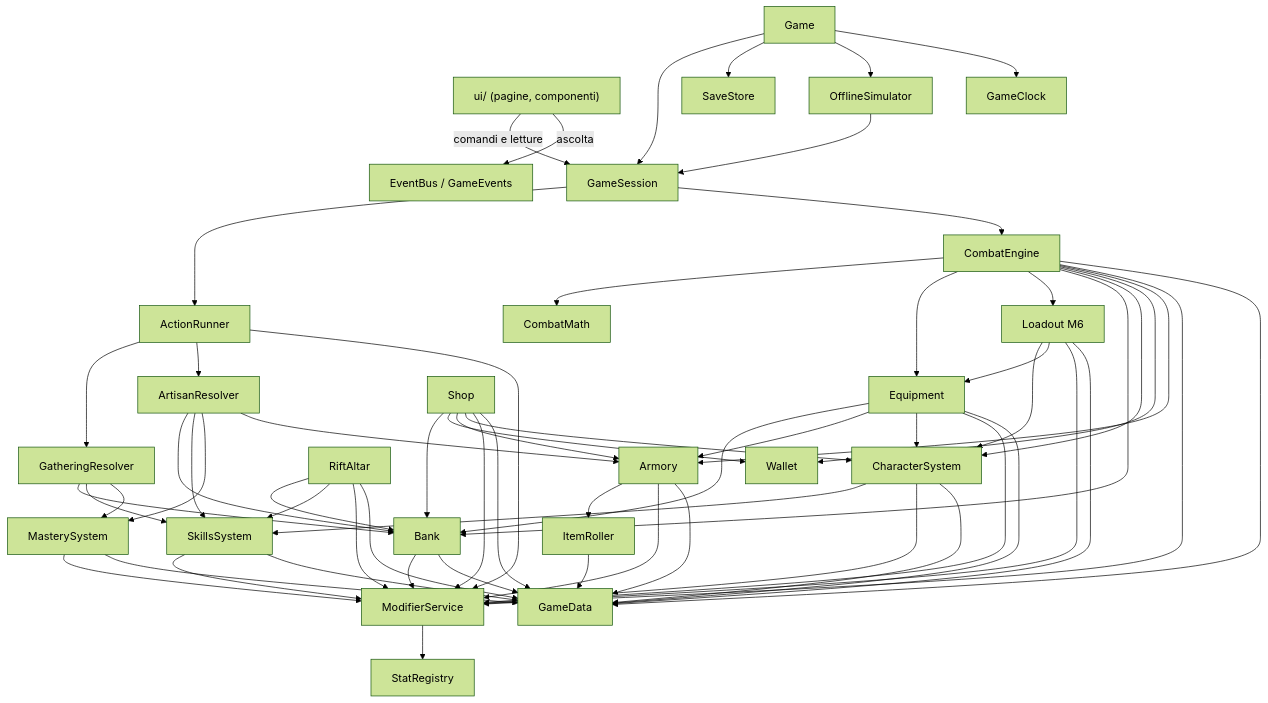
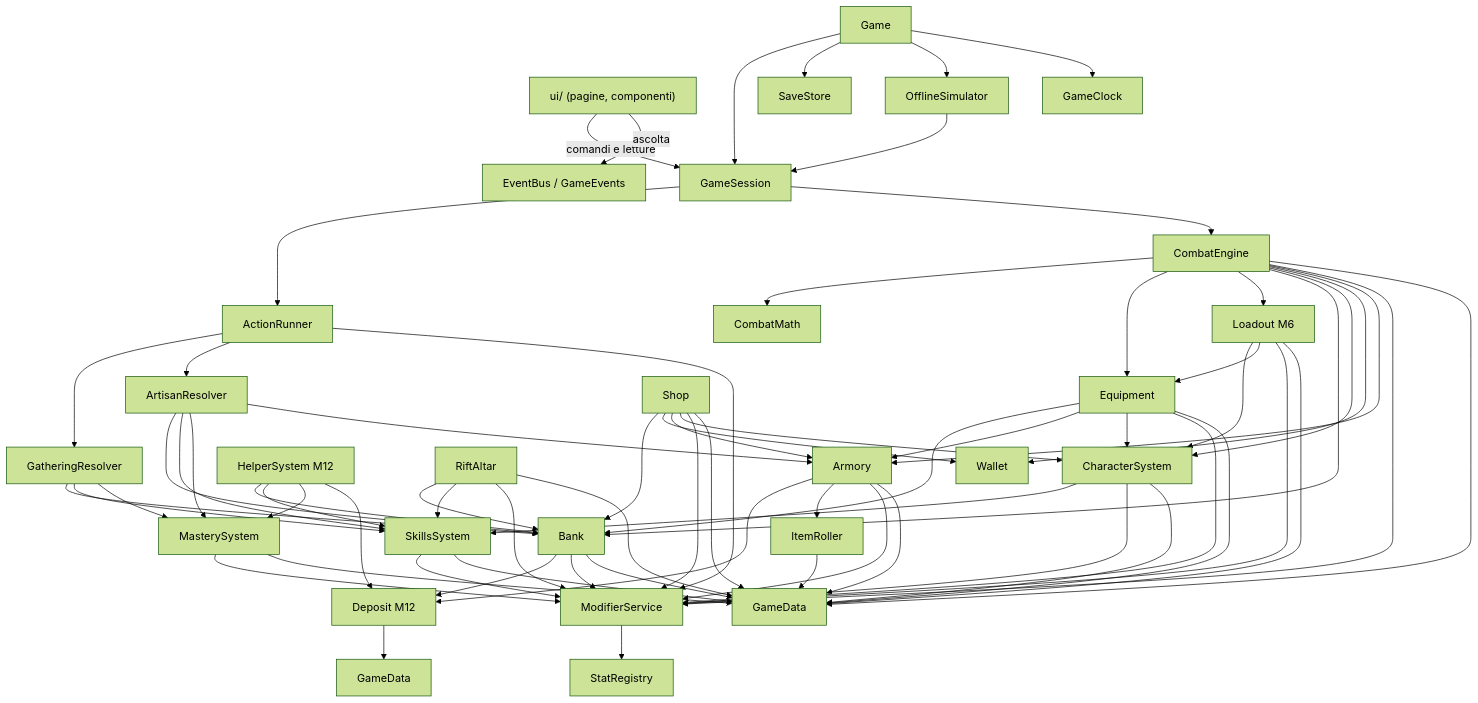
Before and after one commit to BriLaLaLa/Rifstone-Saga---Melvor: the second of 6 diagrams in docs/03_ARCHITECTURE.md, drawn with Mermaid (forest theme). The commit also changed other lines of this file and 12 other files, not shown here.

````diff
--- a/docs/03_ARCHITECTURE.md
+++ b/docs/03_ARCHITECTURE.md
@@ -171,34 +173,37 @@
 ```mermaid
 flowchart TD
     UI["ui/ (pagine, componenti)"] -->|comandi e letture| GS[GameSession]
     UI -->|ascolta| EB[EventBus / GameEvents]
     G[Game] --> GS
     G --> SS[SaveStore]
     G --> OS[OfflineSimulator]
     G --> GC[GameClock]
     OS --> GS
     GS --> AR[ActionRunner]
     GS --> CE[CombatEngine]
     AR --> GR[GatheringResolver]
     AR --> ArR[ArtisanResolver]
     GR & ArR --> BK[Bank]
     GR & ArR --> SK[SkillsSystem]
     GR & ArR --> MS[MasterySystem]
     ArR --> AM[Armory]
     CE --> CM[CombatMath]
     CE --> EQ[Equipment]
     CE --> LO[Loadout M6]
     CE --> BK
     CE --> CH[CharacterSystem]
     CE --> WL[Wallet]
     CE --> AM
     SH[Shop] --> BK & WL & AM & CH
+    HS[HelperSystem M12] --> BK & SK & MS & DP
+    BK & AM --> DP[Deposit M12]
+    DP --> GD2[GameData]
     RA[RiftAltar] --> BK & SK
     EQ --> BK & AM & CH
     LO --> CH & EQ
     CH --> SK
     AM --> IR[ItemRoller]
     BK & SK & MS & EQ & SH & RA & AR & CE & CH & AM & LO --> MOD[ModifierService]
     MOD --> SR[StatRegistry]
     BK & SK & MS & EQ & SH & RA & CE & CH & AM & LO & IR --> GD[GameData]
 ```
````
